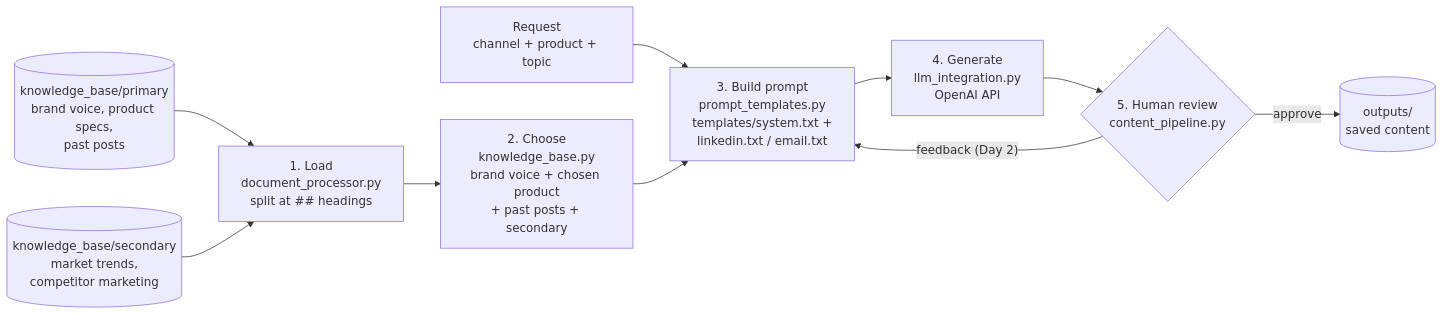
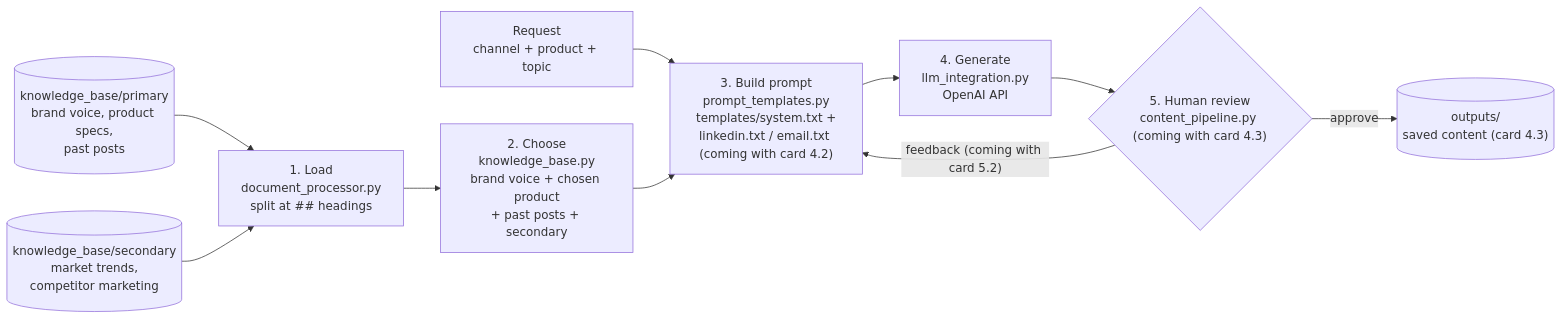
Before and after one commit to ayhandemir7-LSSBB/cs-reply-assistant: the diagram in README.md, drawn with Mermaid. The commit also changed other lines of this file and 4 other files, not shown here.

````diff
--- a/README.md
+++ b/README.md
@@ -13,12 +13,12 @@
 ```mermaid
 flowchart LR
     R["Request<br/>channel + product + topic"] --> P
     KB1[("knowledge_base/primary<br/>brand voice, product specs,<br/>past posts")] --> L
     KB2[("knowledge_base/secondary<br/>market trends,<br/>competitor marketing")] --> L
     L["1. Load<br/>document_processor.py<br/>split at ## headings"] --> C
     C["2. Choose<br/>knowledge_base.py<br/>brand voice + chosen product<br/>+ past posts + secondary"] --> P
-    P["3. Build prompt<br/>prompt_templates.py<br/>templates/system.txt +<br/>linkedin.txt / email.txt"] --> G
+    P["3. Build prompt<br/>prompt_templates.py<br/>templates/system.txt +<br/>linkedin.txt / email.txt (coming with card 4.2)"] --> G
     G["4. Generate<br/>llm_integration.py<br/>OpenAI API"] --> H
-    H{"5. Human review<br/>content_pipeline.py"} -- "approve" --> O[("outputs/<br/>saved content")]
-    H -- "feedback (Day 2)" --> P
+    H{"5. Human review<br/>content_pipeline.py (coming with card 4.3)"} -- "approve" --> O[("outputs/<br/>saved content (card 4.3)")]
+    H -- "feedback (coming with card 5.2)" --> P
 ```
````
